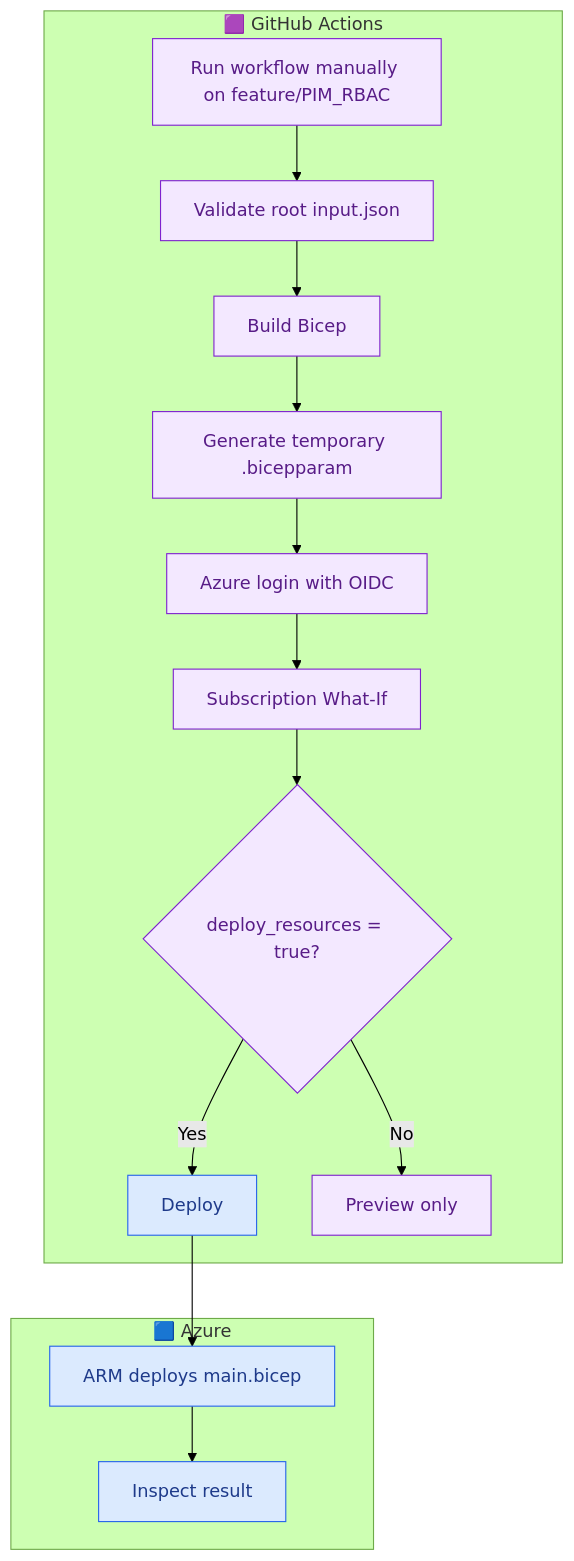
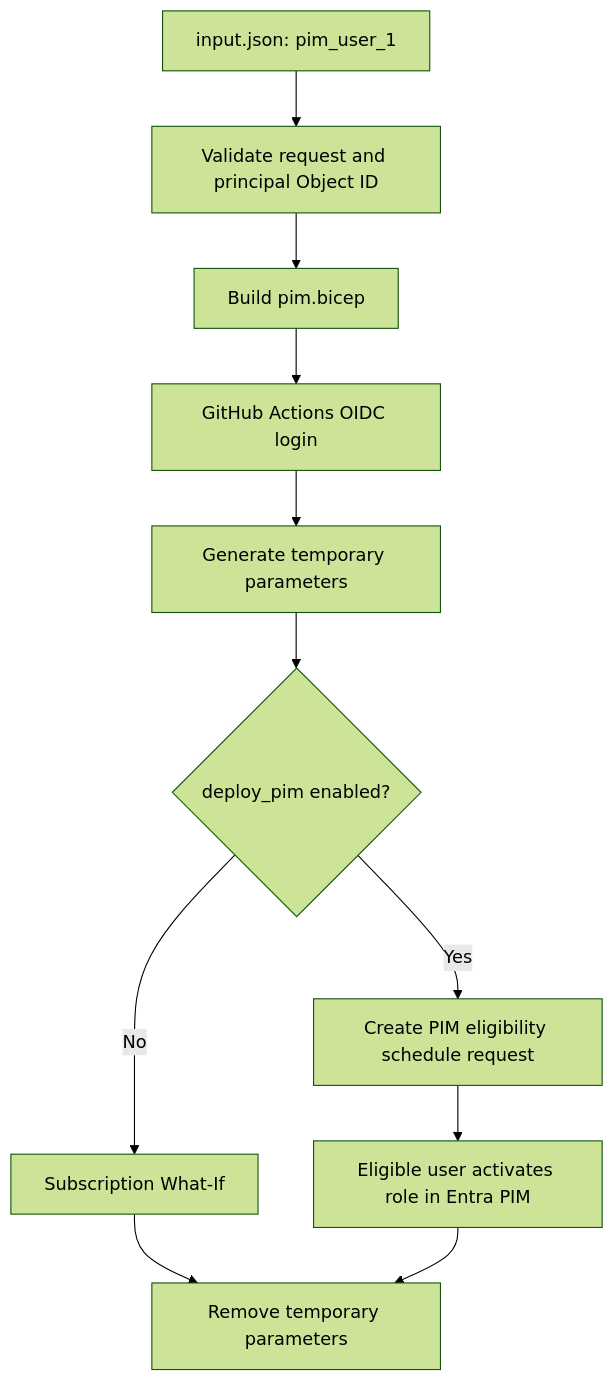
The diagram in README.md (OLYMPUSPRIME/GPT-BIFROST), drawn with Mermaid (forest theme) before and after one commit. The commit also changed other lines of this file and 55 other files, not shown here.

Commit message:
Refactor branch to PIM user eligibility only

````diff
--- a/README.md
+++ b/README.md
@@ -39,21 +130,13 @@
 ```mermaid
 flowchart TD
-  subgraph GitHub["🟪 GitHub Actions"]
-    A["Run workflow manually on feature/PIM_RBAC"] --> B["Validate root input.json"]
-    B --> C["Build Bicep"]
-    C --> D["Generate temporary .bicepparam"]
-    D --> E["Azure login with OIDC"]
-    E --> F["Subscription What-If"]
-    F --> G{"deploy_resources = true?"}
-    G -->|Yes| H["Deploy"]
-    G -->|No| I["Preview only"]
-  end
-  subgraph Azure["🟦 Azure"]
-    H --> J["ARM deploys main.bicep"]
-    J --> K["Inspect result"]
-  end
-  classDef gh fill:#f3e8ff,stroke:#7e22ce,color:#581c87;
-  classDef az fill:#dbeafe,stroke:#2563eb,color:#1e3a8a;
-  class A,B,C,D,E,F,G,I gh;
-  class H,J,K az;
+    A[input.json: pim_user_1] --> B[Validate request and principal Object ID]
+    B --> C[Build pim.bicep]
+    C --> D[GitHub Actions OIDC login]
+    D --> E[Generate temporary parameters]
+    E --> F{deploy_pim enabled?}
+    F -->|No| G[Subscription What-If]
+    F -->|Yes| H[Create PIM eligibility schedule request]
+    H --> I[Eligible user activates role in Entra PIM]
+    G --> J[Remove temporary parameters]
+    I --> J
 ```
````
